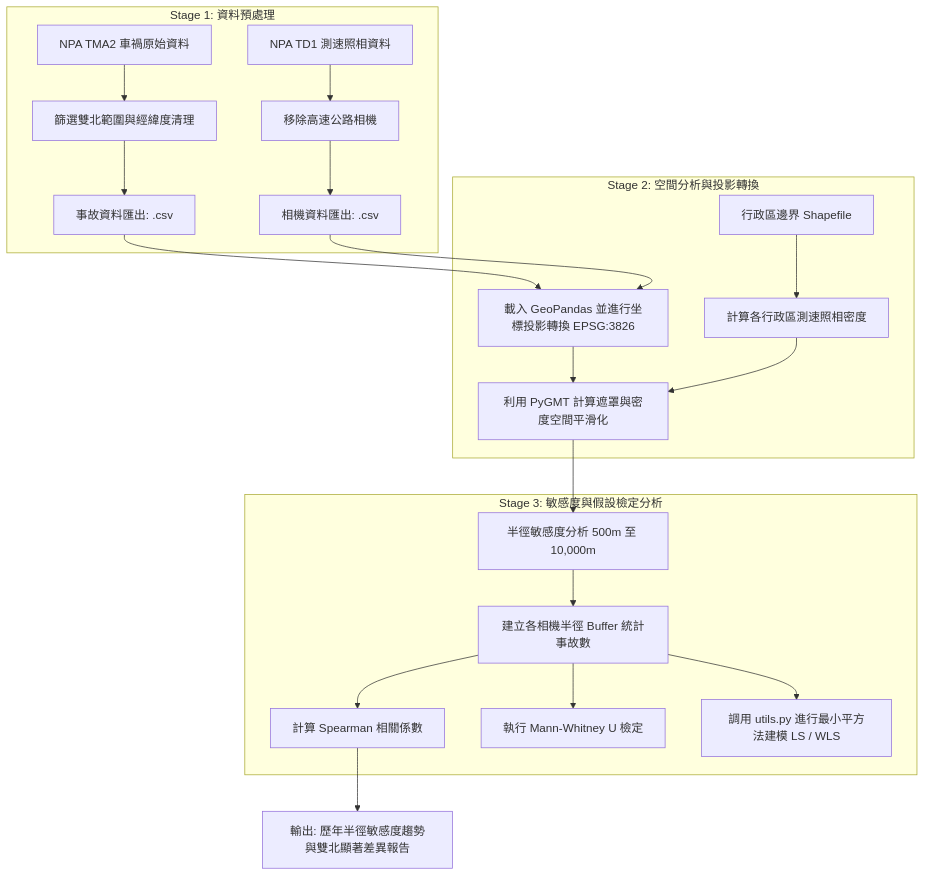
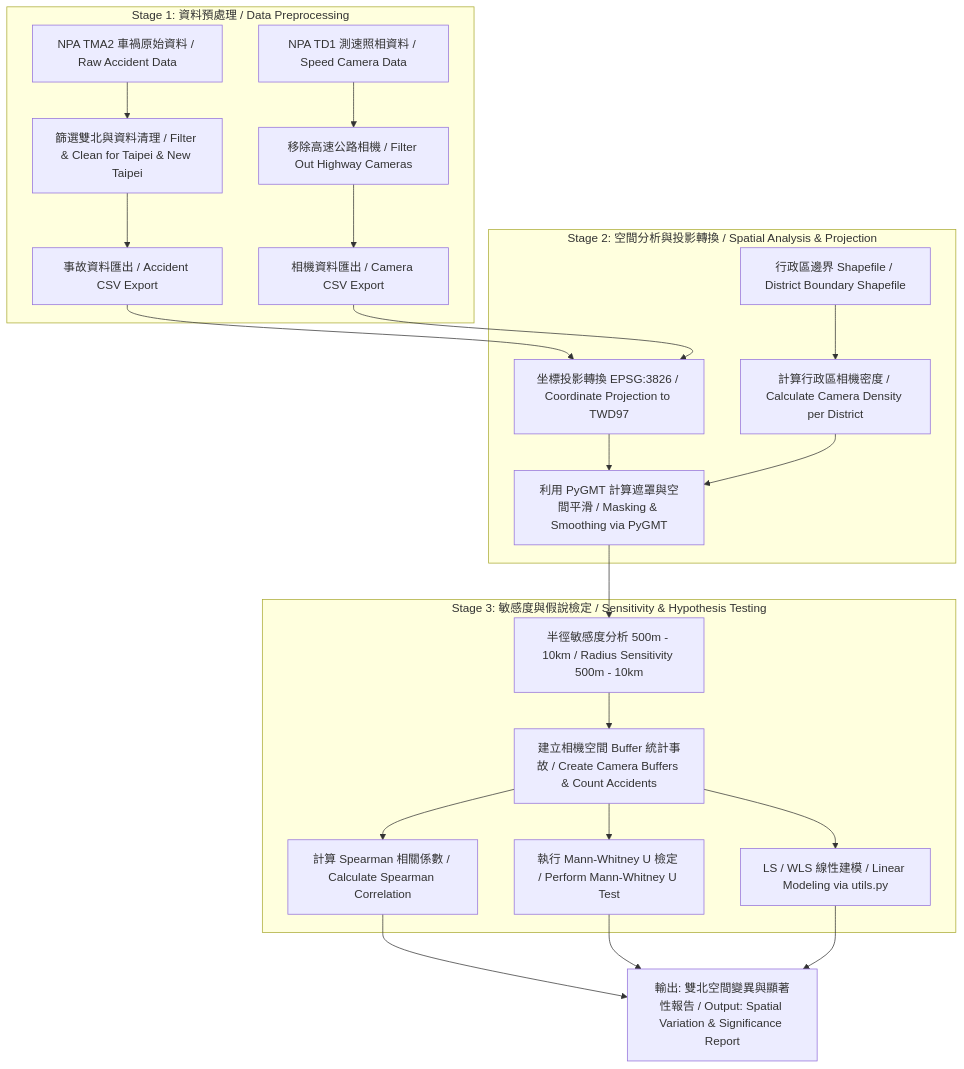
Before and after one commit to 687887s/final_project: the diagram in README.md, drawn with Mermaid. The commit also changed other lines of this file and 1 other file, not shown here.

````diff
--- a/README.md
+++ b/README.md
@@ -21,25 +22,25 @@
 ```mermaid
 graph TD
-    subgraph A[Stage 1: 資料預處理]
-        A1[NPA TMA2 車禍原始資料] --> A2[篩選雙北範圍與經緯度清理]
-        A3[NPA TD1 測速照相資料] --> A4[移除高速公路相機]
-        A2 --> A5[事故資料匯出: .csv]
-        A4 --> A6[相機資料匯出: .csv]
+    subgraph Stage1[Stage 1: 資料預處理 / Data Preprocessing]
+        A1[NPA TMA2 車禍原始資料 / Raw Accident Data] --> A2[篩選雙北與資料清理 / Filter & Clean for Taipei & New Taipei]
+        A3[NPA TD1 測速照相資料 / Speed Camera Data] --> A4[移除高速公路相機 / Filter Out Highway Cameras]
+        A2 --> A5[事故資料匯出 / Accident CSV Export]
+        A4 --> A6[相機資料匯出 / Camera CSV Export]
     end
 
-    subgraph B[Stage 2: 空間分析與投影轉換]
-        A5 & A6 --> B1[載入 GeoPandas 並進行坐標投影轉換 EPSG:3826]
-        B2[行政區邊界 Shapefile] --> B3[計算各行政區測速照相密度]
-        B1 & B3 --> B4[利用 PyGMT 計算遮罩與密度空間平滑化]
+    subgraph Stage2[Stage 2: 空間分析與投影轉換 / Spatial Analysis & Projection]
+        A5 & A6 --> B1[坐標投影轉換 EPSG:3826 / Coordinate Projection to TWD97]
+        B2[行政區邊界 Shapefile / District Boundary Shapefile] --> B3[計算行政區相機密度 / Calculate Camera Density per District]
+        B1 & B3 --> B4[利用 PyGMT 計算遮罩與空間平滑 / Masking & Smoothing via PyGMT]
     end
 
-    subgraph C[Stage 3: 敏感度與假設檢定分析]
-        B4 --> C1[半徑敏感度分析 500m 至 10,000m]
-        C1 --> C2[建立各相機半徑 Buffer 統計事故數]
-        C2 --> C3[計算 Spearman 相關係數]
-        C2 --> C4[執行 Mann-Whitney U 檢定]
-        C2 --> C5[調用 utils.py 進行最小平方法建模 LS / WLS]
+    subgraph Stage3[Stage 3: 敏感度與假說檢定 / Sensitivity & Hypothesis Testing]
+        B4 --> C1[半徑敏感度分析 500m - 10km / Radius Sensitivity 500m - 10km]
+        C1 --> C2[建立相機空間 Buffer 統計事故 / Create Camera Buffers & Count Accidents]
+        C2 --> C3[計算 Spearman 相關係數 / Calculate Spearman Correlation]
+        C2 --> C4[執行 Mann-Whitney U 檢定 / Perform Mann-Whitney U Test]
+        C2 --> C5[LS / WLS 線性建模 / Linear Modeling via utils.py]
     end
 
-    C3 --> D[輸出: 歷年半徑敏感度趨勢與雙北顯著差異報告]
+    C3 & C4 & C5 --> D[輸出: 雙北空間變異與顯著性報告 / Output: Spatial Variation & Significance Report]
 ```
````
